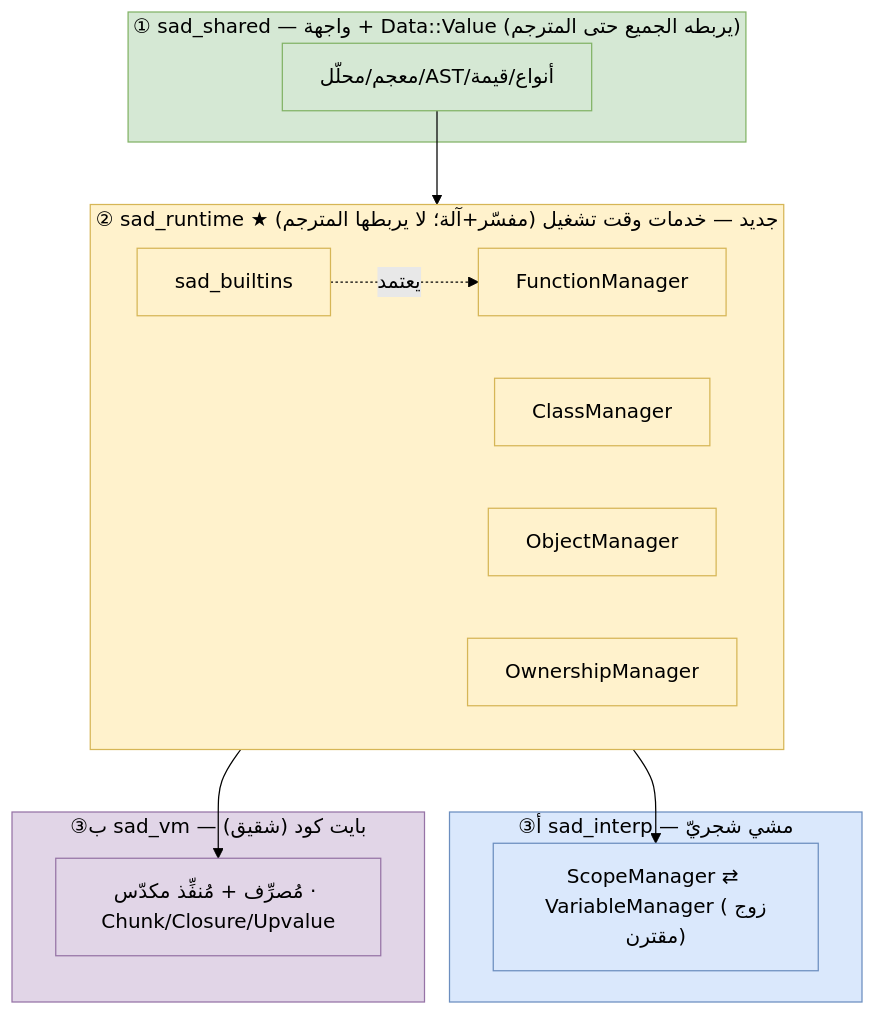
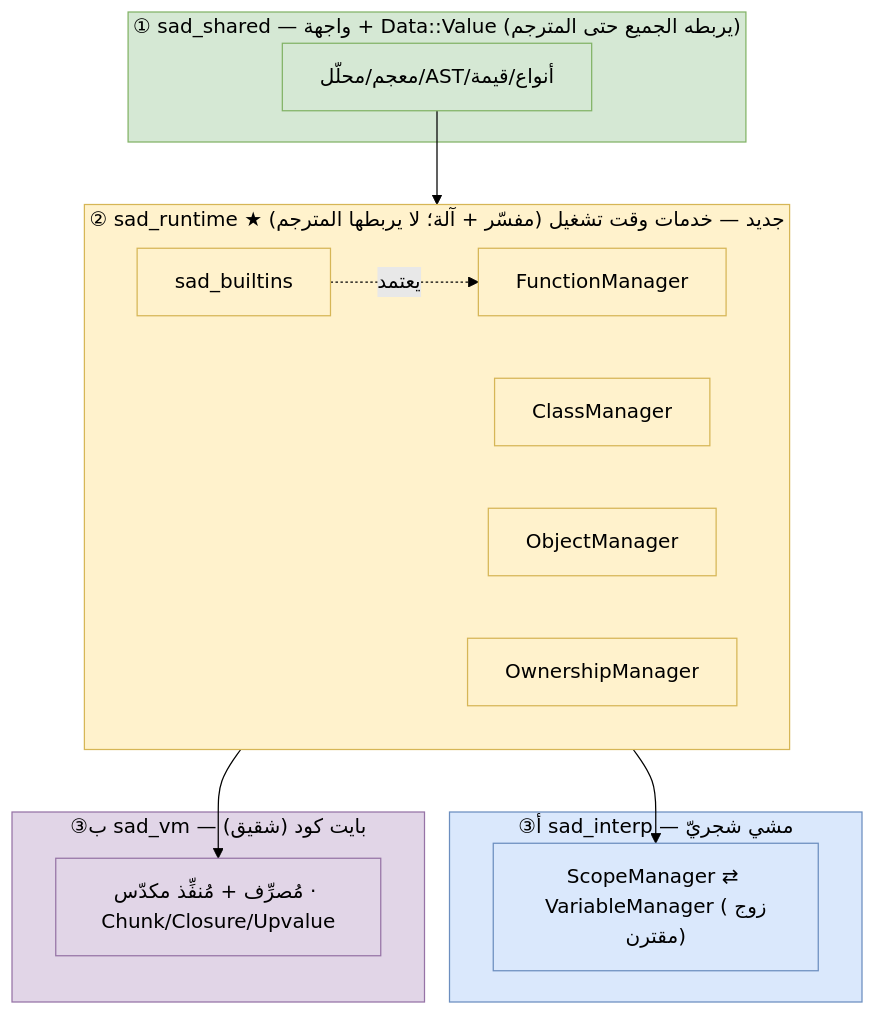
Before and after one commit to sadlang/rfcs: the tenth of 10 diagrams in text/0010-قلب-موحَّد-بحدود-داخلية.md, drawn with Mermaid (forest theme). The commit also changed other lines of this file, not shown here.

````diff
--- a/text/0010-قلب-موحَّد-بحدود-داخلية.md
+++ b/text/0010-قلب-موحَّد-بحدود-داخلية.md
@@ -614,28 +614,28 @@
 ```mermaid
 flowchart TB
     subgraph L1["① sad_shared — واجهة + Data::Value (يربطه الجميع حتى المترجم)"]
         FE2["معجم/محلّل/AST/أنواع/قيمة"]
     end
-    subgraph L2["② sad_runtime ★ جديد — خدمات وقت تشغيل (مفسّر+آلة؛ لا يربطها المترجم)"]
+    subgraph L2["② sad_runtime ★ جديد — خدمات وقت تشغيل (مفسّر + آلة؛ لا يربطها المترجم)"]
         FM["FunctionManager"]
         CM["ClassManager"]
         OM["ObjectManager"]
         OWN["OwnershipManager"]
         BI2["sad_builtins"]
     end
     subgraph L3A["③أ sad_interp — مشي شجريّ"]
         SCV["ScopeManager ⇄ VariableManager (زوج مقترن)"]
     end
     subgraph L3B["③ب sad_vm — بايت كود (شقيق)"]
         VMX["مُصرِّف + مُنفِّذ مكدّس · Chunk/Closure/Upvalue"]
     end
     FE2 --> L2
     L2 --> SCV
     L2 --> VMX
     BI2 -.->|"يعتمد"| FM
     classDef shared fill:#d5e8d4,stroke:#82b366,color:#000;
     classDef svc fill:#fff2cc,stroke:#d6b656,color:#000;
     classDef interp fill:#dae8fc,stroke:#6c8ebf,color:#000;
     classDef vm fill:#e1d5e7,stroke:#9673a6,color:#000;
     class L1,FE2 shared; class L2,FM,CM,OM,OWN,BI2 svc; class L3A,SCV interp; class L3B,VMX vm;
 ```
````
